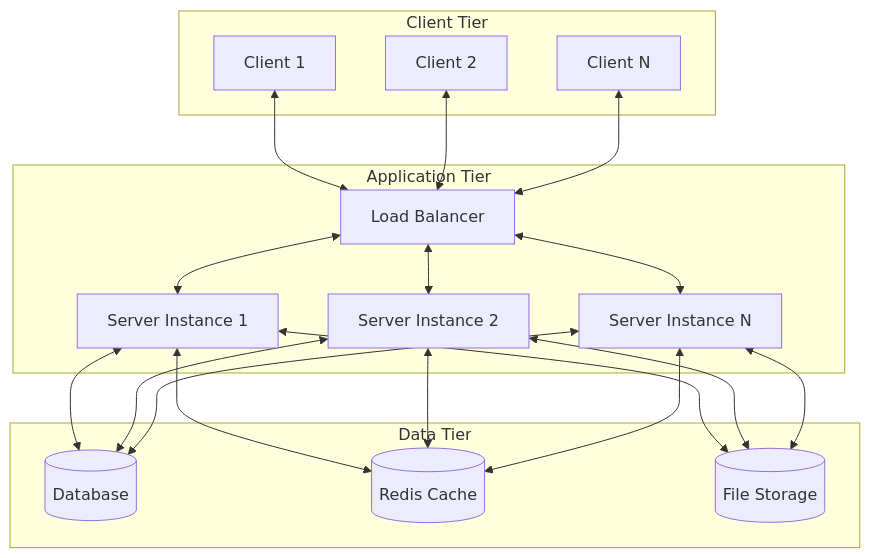
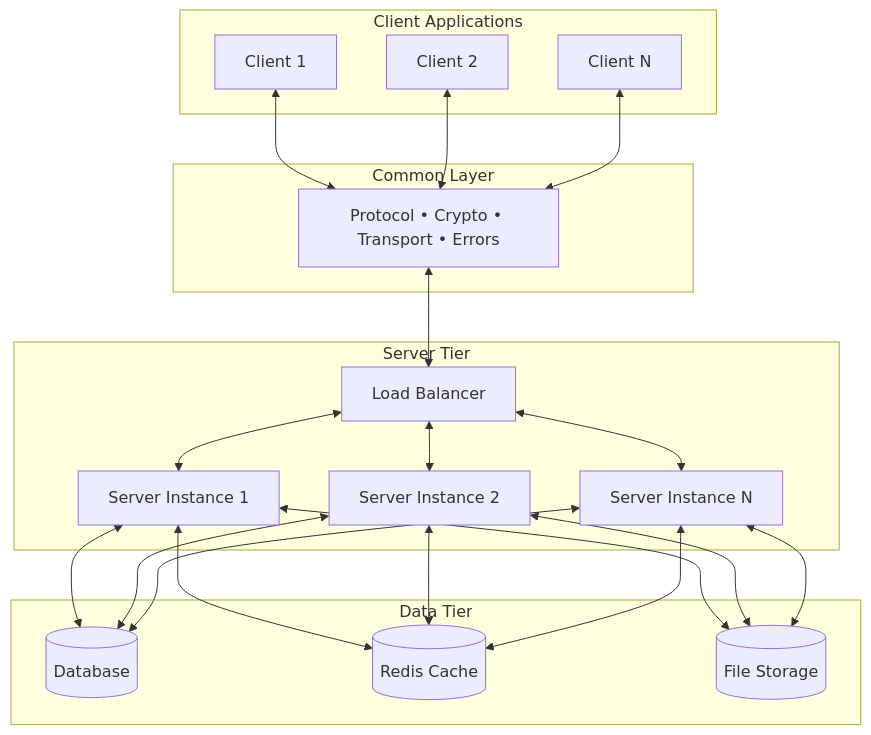
One commit to berrym/lair-chat changed the first of 13 diagrams in docs/architecture/README.md. Above: the diagram before and after it, drawn with Mermaid. The commit also changed other lines of this file and 10 other files, not shown here.

````diff
--- a/docs/architecture/README.md
+++ b/docs/architecture/README.md
@@ -24,41 +24,47 @@
 ```mermaid
 graph TB
-    subgraph "Client Tier"
+    subgraph "Client Applications"
         C1[Client 1]
         C2[Client 2]
         C3[Client N]
     end
     
-    subgraph "Application Tier"
+    subgraph "Common Layer"
+        COMMON[Protocol • Crypto • Transport • Errors]
+    end
+    
+    subgraph "Server Tier"
         LB[Load Balancer]
         S1[Server Instance 1]
         S2[Server Instance 2]
         S3[Server Instance N]
     end
     
     subgraph "Data Tier"
         DB[(Database)]
         CACHE[(Redis Cache)]
         FS[(File Storage)]
     end
     
-    C1 <--> LB
-    C2 <--> LB
-    C3 <--> LB
+    C1 <--> COMMON
+    C2 <--> COMMON
+    C3 <--> COMMON
+    
+    COMMON <--> LB
     
     LB <--> S1
     LB <--> S2
     LB <--> S3
     
     S1 <--> DB
     S2 <--> DB
     S3 <--> DB
     
     S1 <--> CACHE
     S2 <--> CACHE
     S3 <--> CACHE
     
     S1 <--> FS
     S2 <--> FS
     S3 <--> FS
 ```
````
